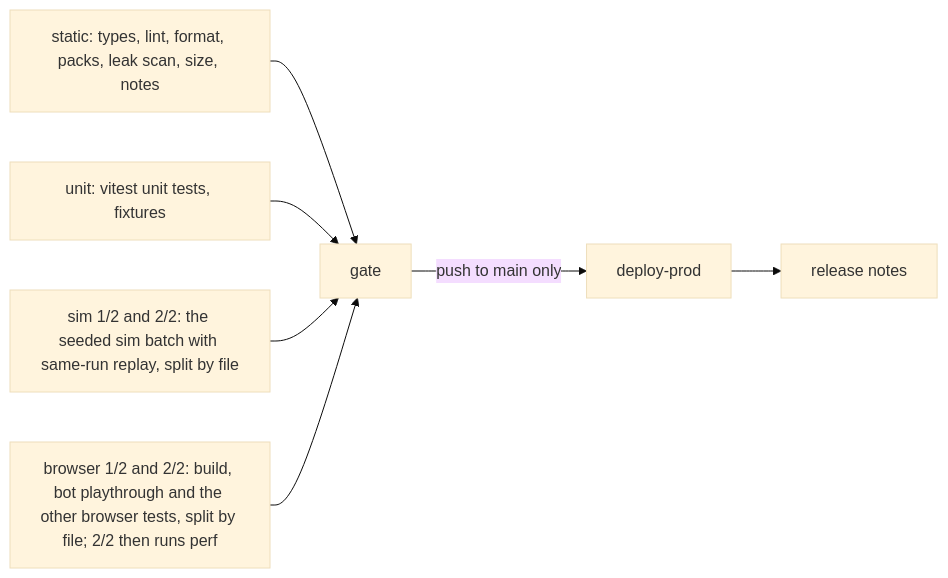
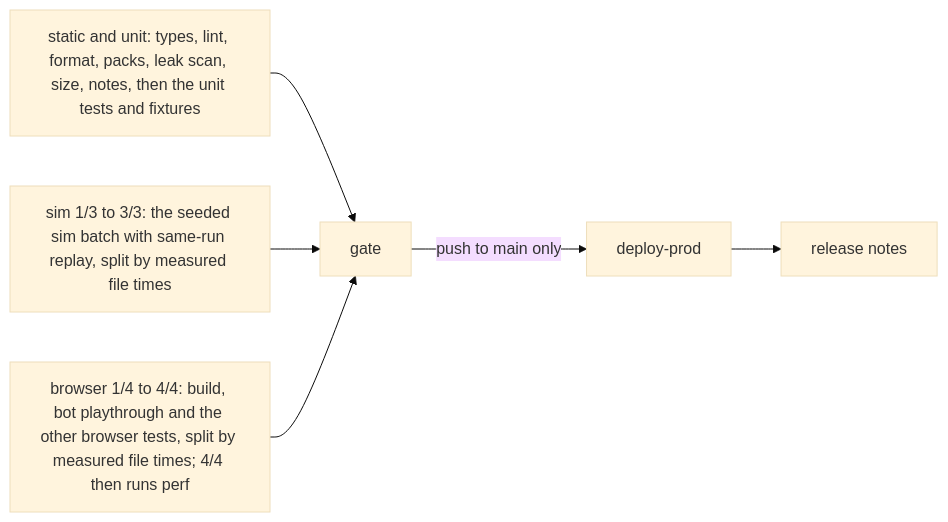
One commit to joshuasundance-swca/throttlebrawl changed the diagram in docs/engineering.md. Above: the diagram before and after it, drawn with Mermaid (base theme). The commit also changed other lines of this file and 12 other files, not shown here.

First line of the commit message:
infra: CI tests the same things in less time (duration-balanced slices, 4 browser slices, one perf build, cached Chromium packages) (#242)

````diff
--- a/docs/engineering.md
+++ b/docs/engineering.md
@@ -238,9 +252,8 @@
 ```mermaid
 flowchart LR
-  A[static: types, lint, format, packs, leak scan, size, notes] --> G[gate]
-  B[unit: vitest unit tests, fixtures] --> G
-  S[sim 1/2 and 2/2: the seeded sim batch with same-run replay, split by file] --> G
-  C[browser 1/2 and 2/2: build, bot playthrough and the other browser tests, split by file; 2/2 then runs perf] --> G
+  A[static and unit: types, lint, format, packs, leak scan, size, notes, then the unit tests and fixtures] --> G[gate]
+  S[sim 1/3 to 3/3: the seeded sim batch with same-run replay, split by measured file times] --> G
+  C[browser 1/4 to 4/4: build, bot playthrough and the other browser tests, split by measured file times; 4/4 then runs perf] --> G
   G -->|push to main only| D[deploy-prod]
   D --> R[release notes]
 ```
````
